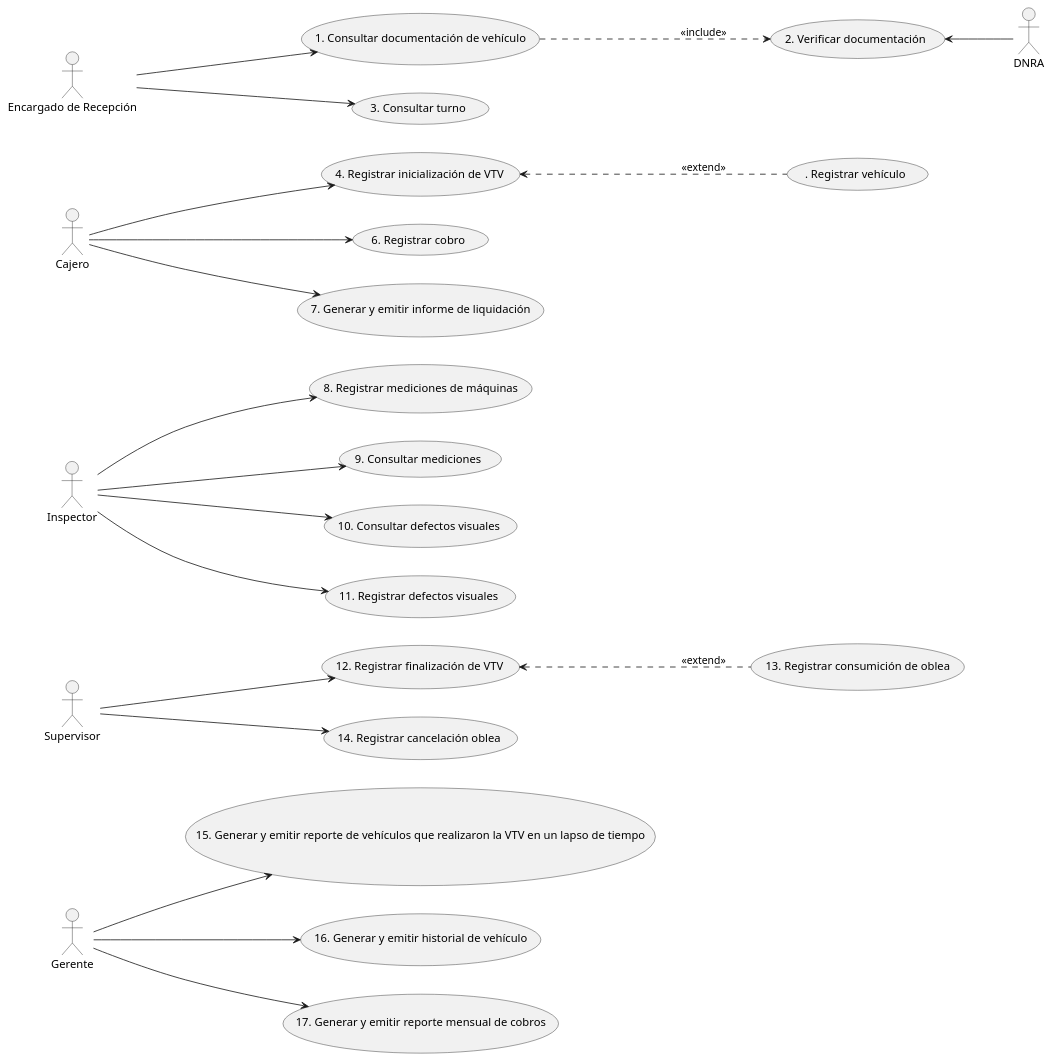
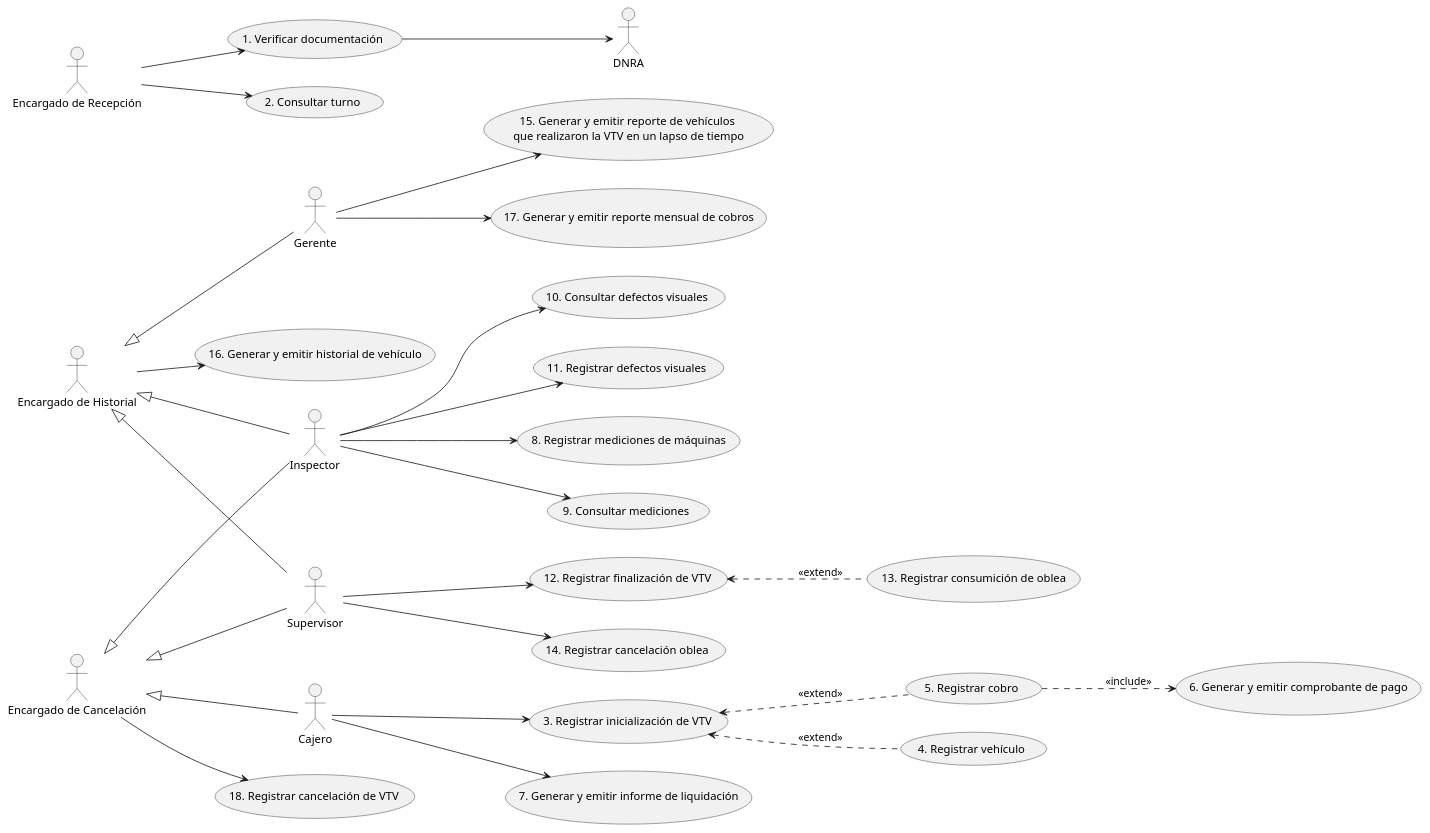
One commit to JulianFermani/TPI2024-CA13 changed the second of 3 diagrams in Diagramas.plantuml. Above: the diagram before and after it, drawn with PlantUML. The commit also changed other lines of this file, not shown here.

```diff
--- a/Diagramas.plantuml
+++ b/Diagramas.plantuml
@@ -189,34 +189,44 @@
 @startuml Diagrama_de_casos_de_uso_esenciales
 left to right direction
 :Gerente: as G
 :Supervisor: as S
+:Encargado de Historial: as EH
 :Inspector: as I
 :Cajero: as C
+:Encargado de Cancelación: as EC
 :Encargado de Recepción: as ER
 :DNRA: as DNRA
 
-ER --> (1. Consultar documentación de vehículo)
-(1. Consultar documentación de vehículo) ..> (2. Verificar documentación) : <<include>>
-(2. Verificar documentación) <-- DNRA 
-ER --> (3. Consultar turno)
+ER --> (1. Verificar documentación)
+(1. Verificar documentación)  --> DNRA 
+ER --> (2. Consultar turno)
 
-C --> (4. Registrar inicialización de VTV)
-(4. Registrar inicialización de VTV) <.. (. Registrar vehículo) : <<extend>> 
-C --> (6. Registrar cobro)
-(6. Registrar cobro)
+C --> (3. Registrar inicialización de VTV)
+(3. Registrar inicialización de VTV) <.. (4. Registrar vehículo) : <<extend>> 
+(3. Registrar inicialización de VTV) <.. (5. Registrar cobro) : <<extend>>
+(5. Registrar cobro) ..> (6. Generar y emitir comprobante de pago) : <<include>> 
+
 C --> (7. Generar y emitir informe de liquidación)
 
 I --> (8. Registrar mediciones de máquinas)
 I --> (9. Consultar mediciones)
 I --> (10. Consultar defectos visuales)
 I --> (11. Registrar defectos visuales)
 
 S --> (12. Registrar finalización de VTV) 
 (12. Registrar finalización de VTV) <.. (13. Registrar consumición de oblea)  : <<extend>>
 S --> (14. Registrar cancelación oblea)
 
-G --> (15. Generar y emitir reporte de vehículos que realizaron la VTV en un lapso de tiempo)
-G --> (16. Generar y emitir historial de vehículo)
+G --> (15. Generar y emitir reporte de vehículos \nque realizaron la VTV en un lapso de tiempo)
 G --> (17. Generar y emitir reporte mensual de cobros)
 
+EC --> (18. Registrar cancelación de VTV)
+EC <|-- C
+EC <|-- I
+EC <|-- S
+
+EH --> (16. Generar y emitir historial de vehículo)
+EH <|-- I
+EH <|-- S
+EH <|-- G
 @enduml
```
